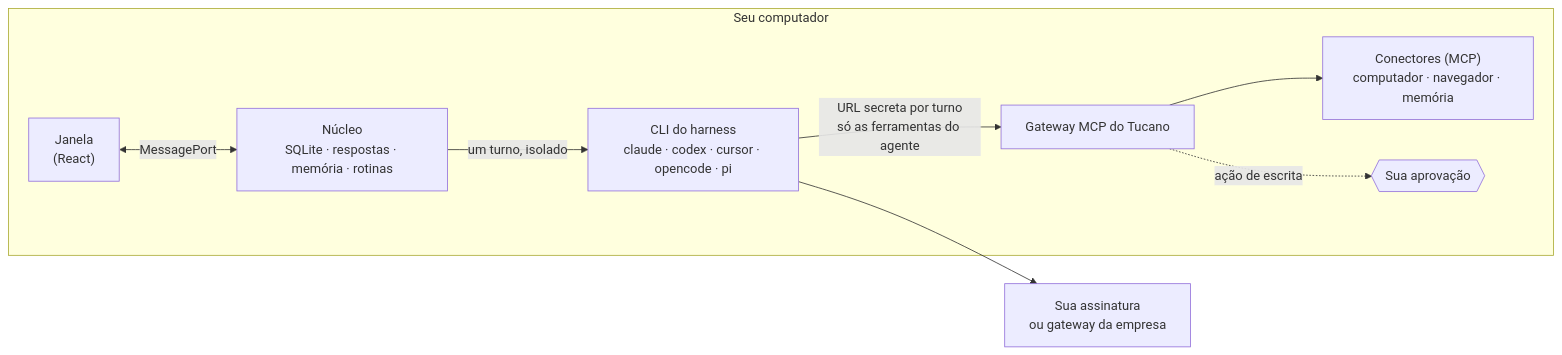
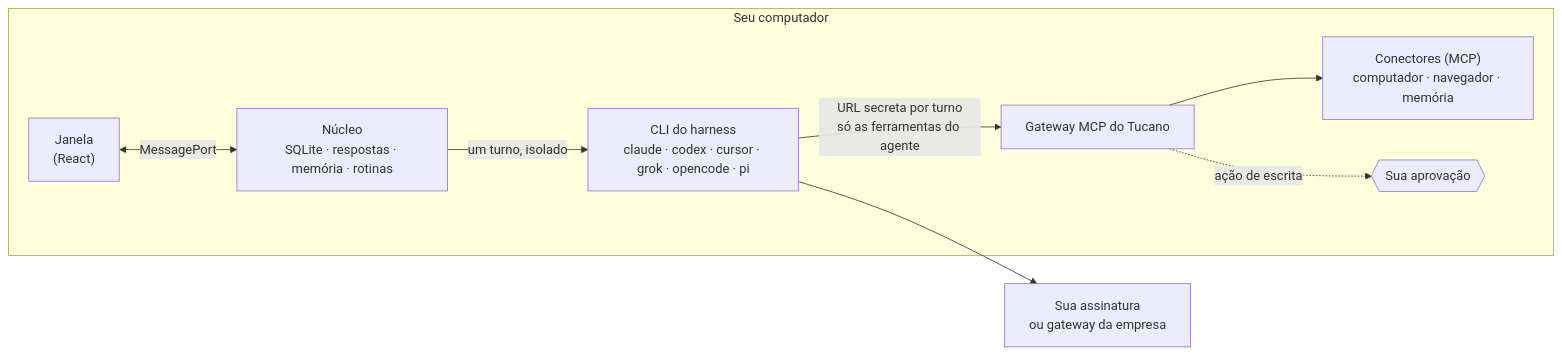
The diagram in README.pt-BR.md (eduwxyz/tucano), drawn with Mermaid before and after one commit. The commit also changed other lines of this file and 33 other files, not shown here.

First line of the commit message:
Add Grok CLI as a harness

````diff
--- a/README.pt-BR.md
+++ b/README.pt-BR.md
@@ -160,11 +161,11 @@
 ```mermaid
 flowchart LR
   subgraph Mac["Seu computador"]
     UI["Janela<br/>(React)"] <-->|MessagePort| Core["Núcleo<br/>SQLite · respostas · memória · rotinas"]
-    Core -->|"um turno, isolado"| CLI["CLI do harness<br/>claude · codex · cursor · opencode · pi"]
+    Core -->|"um turno, isolado"| CLI["CLI do harness<br/>claude · codex · cursor · grok · opencode · pi"]
     CLI -->|"URL secreta por turno<br/>só as ferramentas do agente"| GW["Gateway MCP do Tucano"]
     GW --> Tools["Conectores (MCP)<br/>computador · navegador · memória"]
     GW -.->|"ação de escrita"| OK{{"Sua aprovação"}}
   end
   CLI --> Model["Sua assinatura<br/>ou gateway da empresa"]
 ```
````
